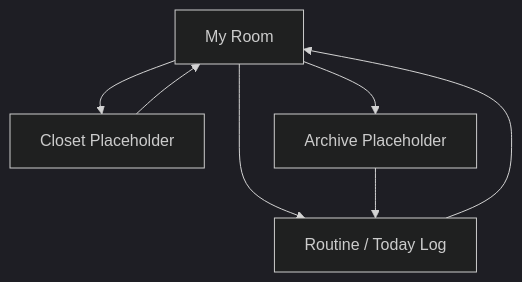
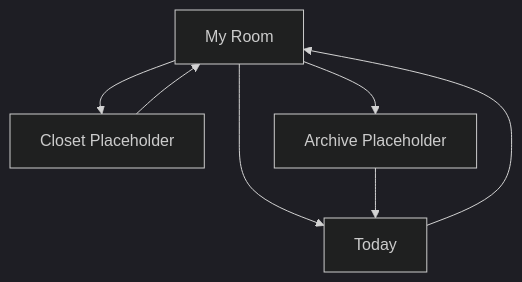
The third of 3 diagrams in docs/product/screen-flow.md (RealOil/Roonary), drawn with Mermaid (dark theme) before and after one commit. The commit also changed other lines of this file and 4 other files, not shown here.

````diff
--- a/docs/product/screen-flow.md
+++ b/docs/product/screen-flow.md
@@ -67,9 +67,9 @@
 ```mermaid
 flowchart TD
-  A["My Room"] --> B["Routine / Today Log"]
+  A["My Room"] --> B["Today"]
   B --> A
   A --> E["Closet Placeholder"]
   E --> A
   A --> F["Archive Placeholder"]
   F --> B
 ```
````
